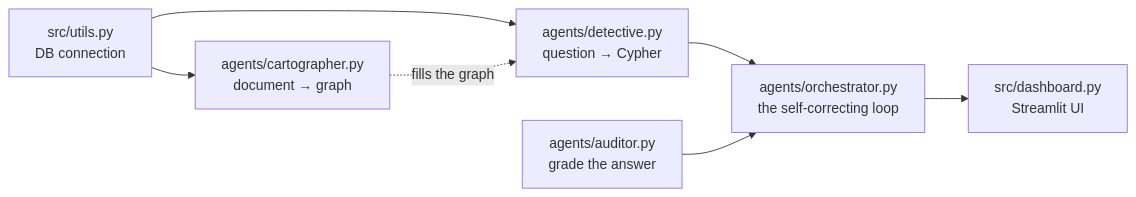
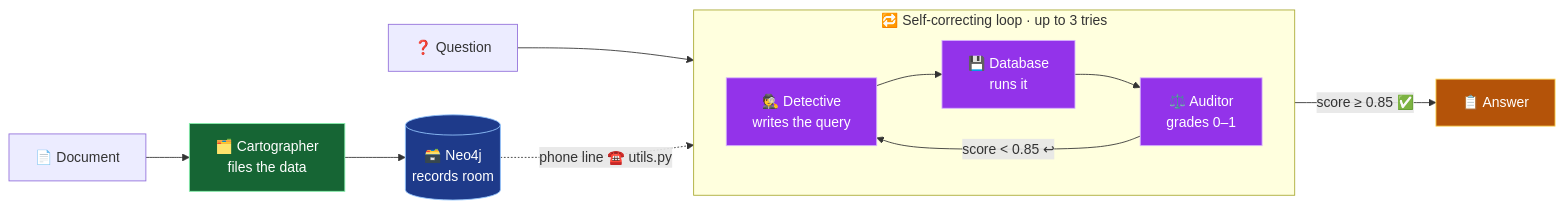
Before and after one commit to pritmon/Sentinel-Graph-Enterprise-Core: the diagram in artifacts/build_order.md, drawn with Mermaid. The commit also changed other lines of this file, not shown here.

````diff
--- a/artifacts/build_order.md
+++ b/artifacts/build_order.md
@@ -23,9 +42,25 @@
 ```mermaid
 flowchart LR
-    U["src/utils.py<br/>DB connection"] --> C["agents/cartographer.py<br/>document → graph"]
-    U --> D["agents/detective.py<br/>question → Cypher"]
-    C -. fills the graph .-> D
-    D --> O["agents/orchestrator.py<br/>the self-correcting loop"]
-    A["agents/auditor.py<br/>grade the answer"] --> O
-    O --> UI["src/dashboard.py<br/>Streamlit UI"]
+    Doc["📄 Document"] --> C["🗂️ Cartographer<br/>files the data"]
+    C --> DB[("🗃️ Neo4j<br/>records room")]
+    Q["❓ Question"] --> D
+
+    subgraph LOOP["🔁 Self-correcting loop · up to 3 tries"]
+        direction LR
+        D["🕵️ Detective<br/>writes the query"] --> X["💾 Database<br/>runs it"]
+        X --> A["⚖️ Auditor<br/>grades 0–1"]
+    end
+
+    DB -. "phone line ☎️ utils.py" .-> D
+    A -->|"score ≥ 0.85 ✅"| Ans["📋 Answer"]
+    A -->|"score < 0.85 ↩︎"| D
+
+    classDef found fill:#1E3A8A,stroke:#93C5FD,color:#fff;
+    classDef write fill:#166534,stroke:#86EFAC,color:#fff;
+    classDef read  fill:#9333EA,stroke:#D8B4FE,color:#fff;
+    classDef done  fill:#B45309,stroke:#FCD34D,color:#fff;
+    class DB found;
+    class C write;
+    class D,X,A read;
+    class Ans done;
 ```
````
